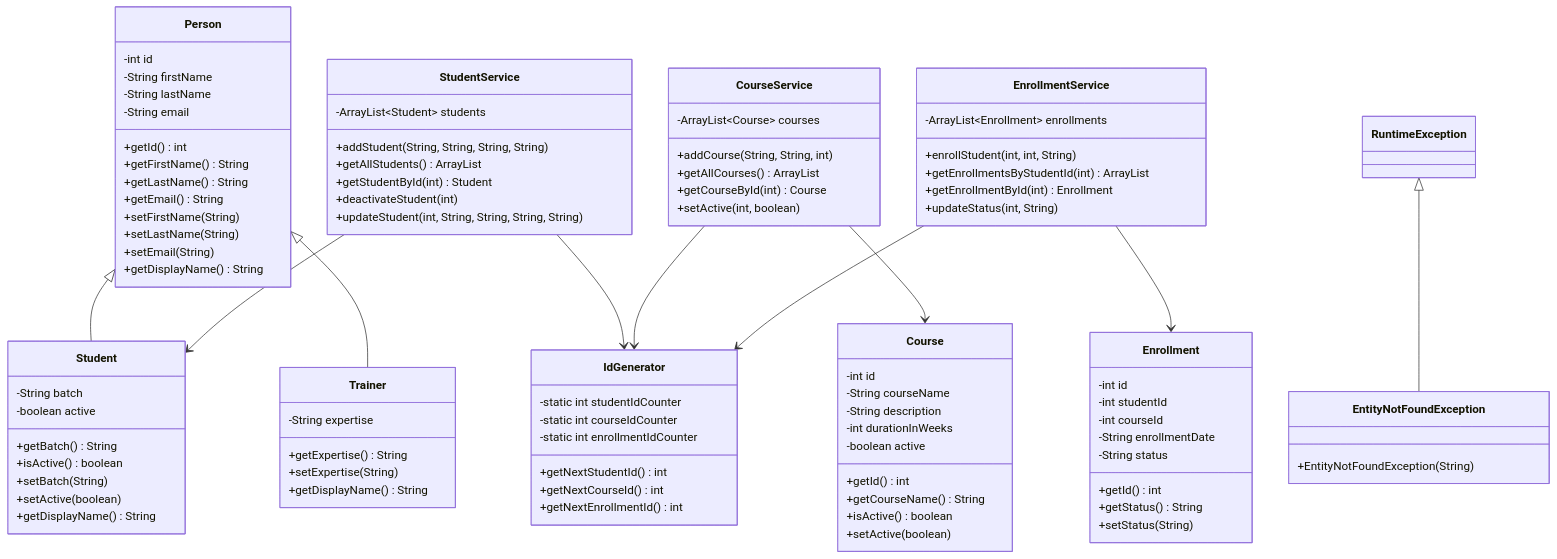
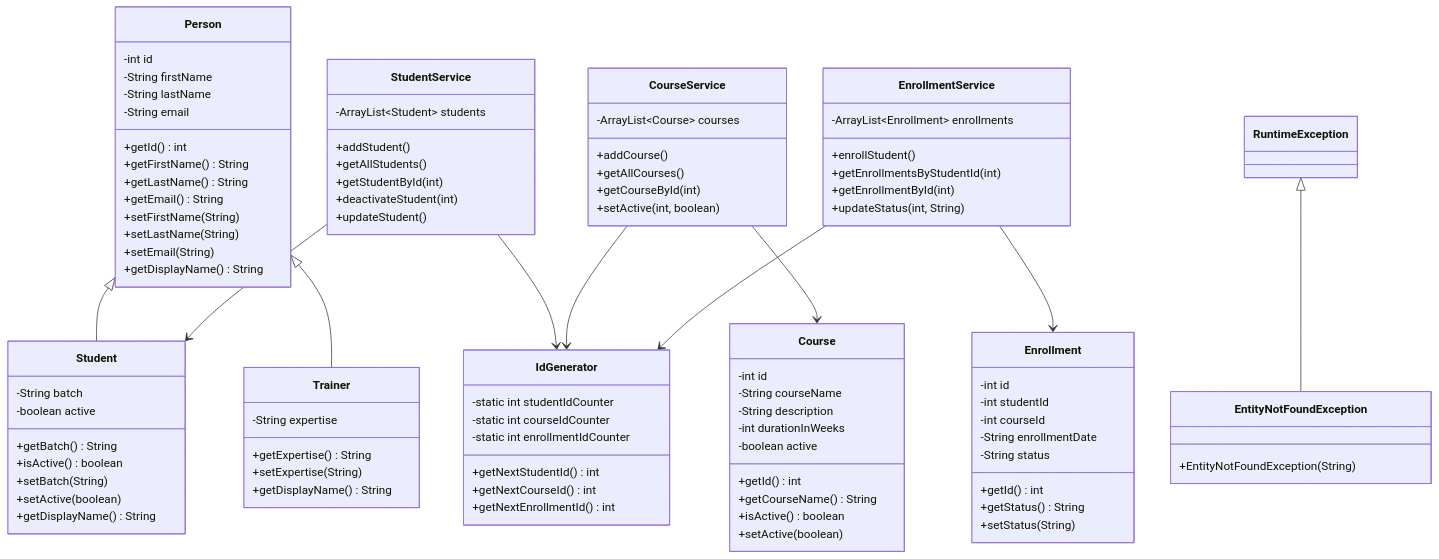
One commit to rehithk/LearnTrack changed the diagram in README.md. Above: the diagram before and after it, drawn with Mermaid. The commit also changed other lines of this file and 4 other files, not shown here.

```diff
--- a/README.md
+++ b/README.md
@@ -122,26 +109,26 @@
 
     class StudentService {
         -ArrayList~Student~ students
-        +addStudent(String, String, String, String)
-        +getAllStudents() ArrayList
-        +getStudentById(int) Student
+        +addStudent()
+        +getAllStudents()
+        +getStudentById(int)
         +deactivateStudent(int)
-        +updateStudent(int, String, String, String, String)
+        +updateStudent()
     }
 
     class CourseService {
         -ArrayList~Course~ courses
-        +addCourse(String, String, int)
-        +getAllCourses() ArrayList
-        +getCourseById(int) Course
+        +addCourse()
+        +getAllCourses()
+        +getCourseById(int)
         +setActive(int, boolean)
     }
 
     class EnrollmentService {
         -ArrayList~Enrollment~ enrollments
-        +enrollStudent(int, int, String)
-        +getEnrollmentsByStudentId(int) ArrayList
-        +getEnrollmentById(int) Enrollment
+        +enrollStudent()
+        +getEnrollmentsByStudentId(int)
+        +getEnrollmentById(int)
         +updateStatus(int, String)
     }
 
```
